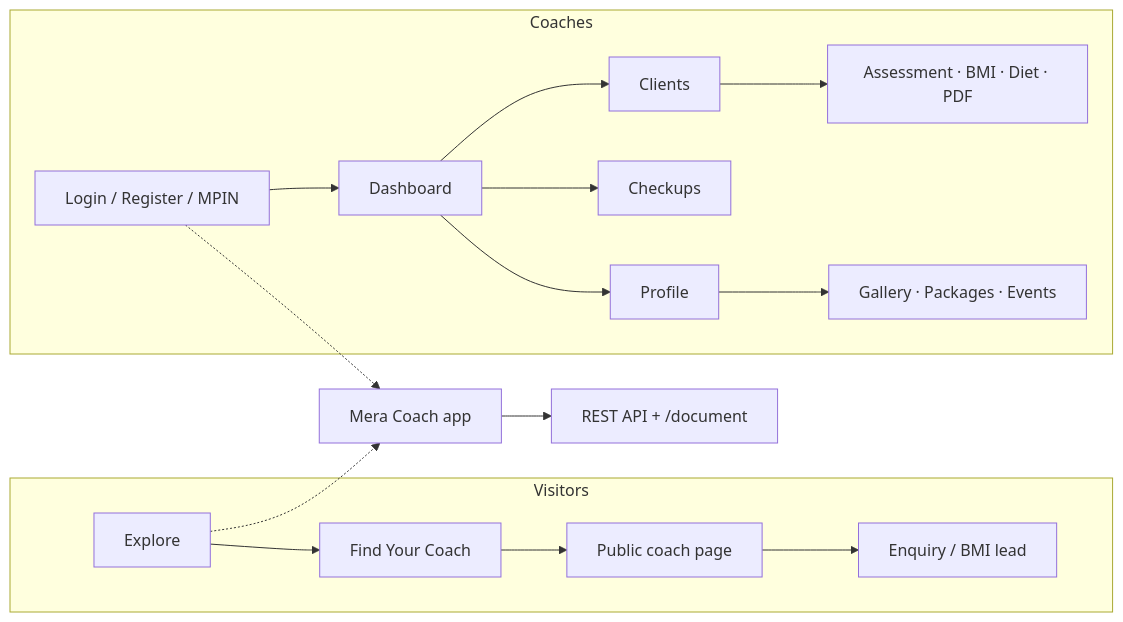
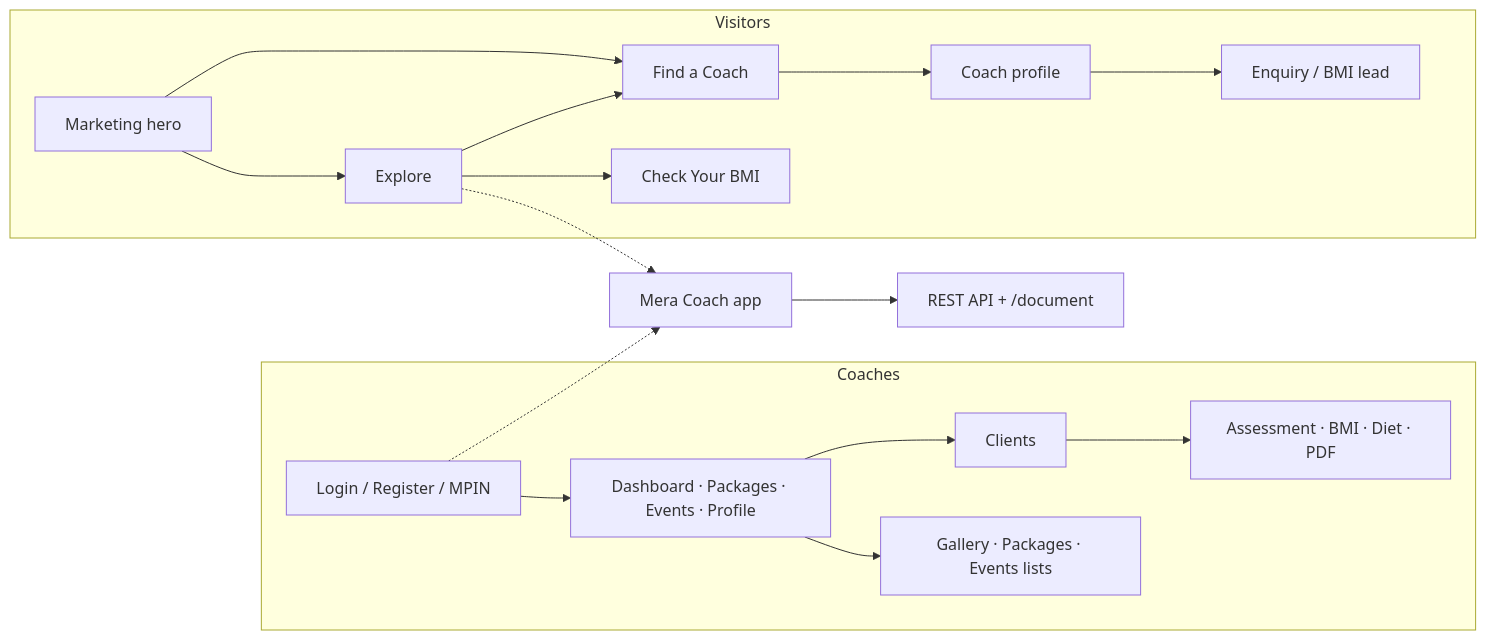
One commit to Khushal-ag/mera-coach-mobile changed the diagram in README.md. Above: the diagram before and after it, drawn with Mermaid. The commit also changed other lines of this file and 6 other files, not shown here.

````diff
--- a/README.md
+++ b/README.md
@@ -174,19 +180,20 @@
 ```mermaid
 flowchart LR
   subgraph visitors [Visitors]
-    Explore --> FindCoach[Find Your Coach]
-    FindCoach --> PublicPage[Public coach page]
+    Hero[Marketing hero] --> Explore
+    Hero --> FindCoach[Find a Coach]
+    Explore --> FindCoach
+    Explore --> Bmi[Check Your BMI]
+    FindCoach --> PublicPage[Coach profile]
     PublicPage --> Leads[Enquiry / BMI lead]
   end
   subgraph coaches [Coaches]
-    Auth[Login / Register / MPIN] --> Dashboard
-    Dashboard --> Clients
-    Dashboard --> Checkups
-    Dashboard --> Profile
+    Auth[Login / Register / MPIN] --> Tabs["Dashboard · Packages · Events · Profile"]
+    Tabs --> Clients
+    Tabs --> Listing["Gallery · Packages · Events lists"]
     Clients --> Assess[Assessment · BMI · Diet · PDF]
-    Profile --> Listing[Gallery · Packages · Events]
   end
   App[Mera Coach app] --> API["REST API + /document"]
   Explore -.-> App
   Auth -.-> App
 ```
````
